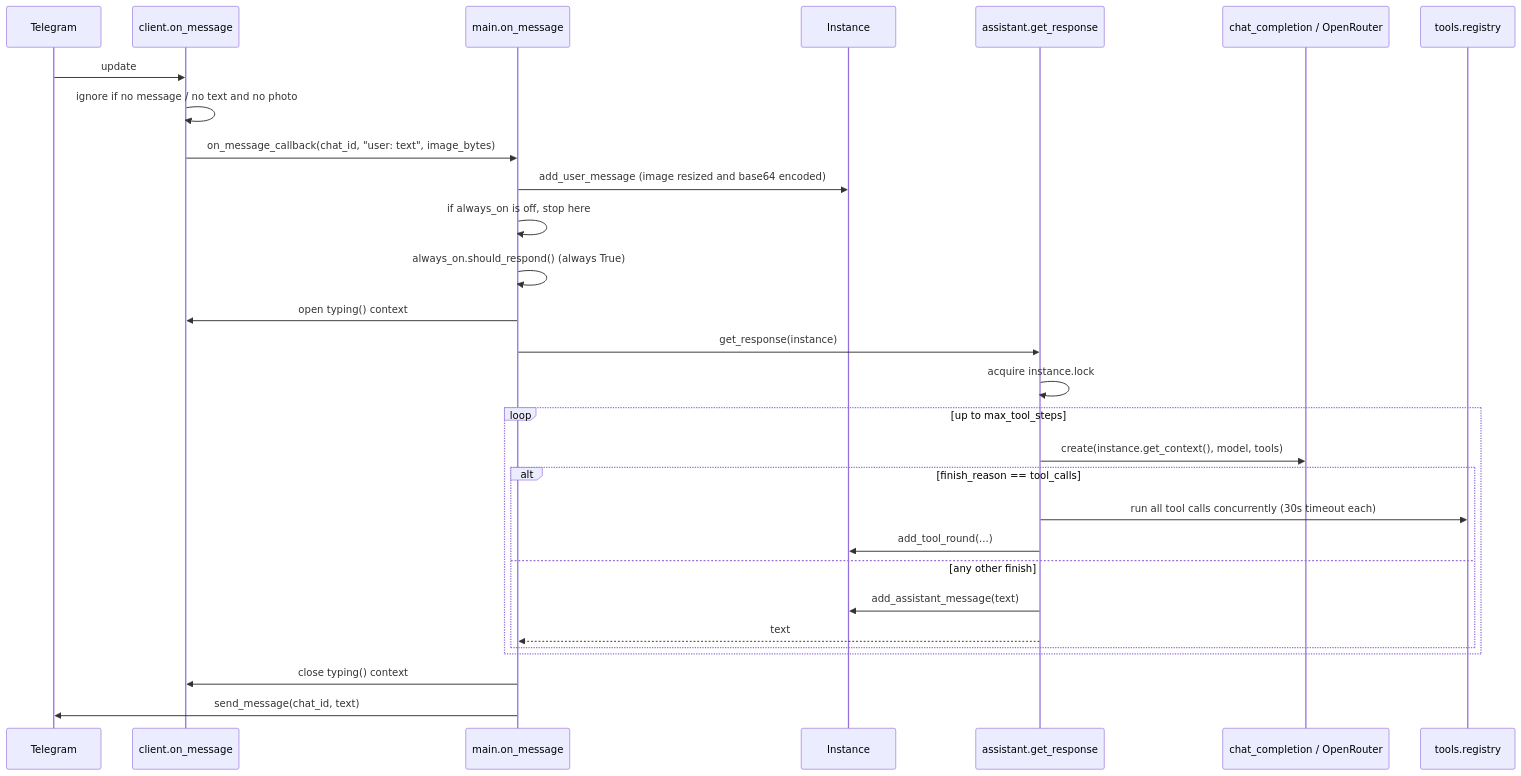
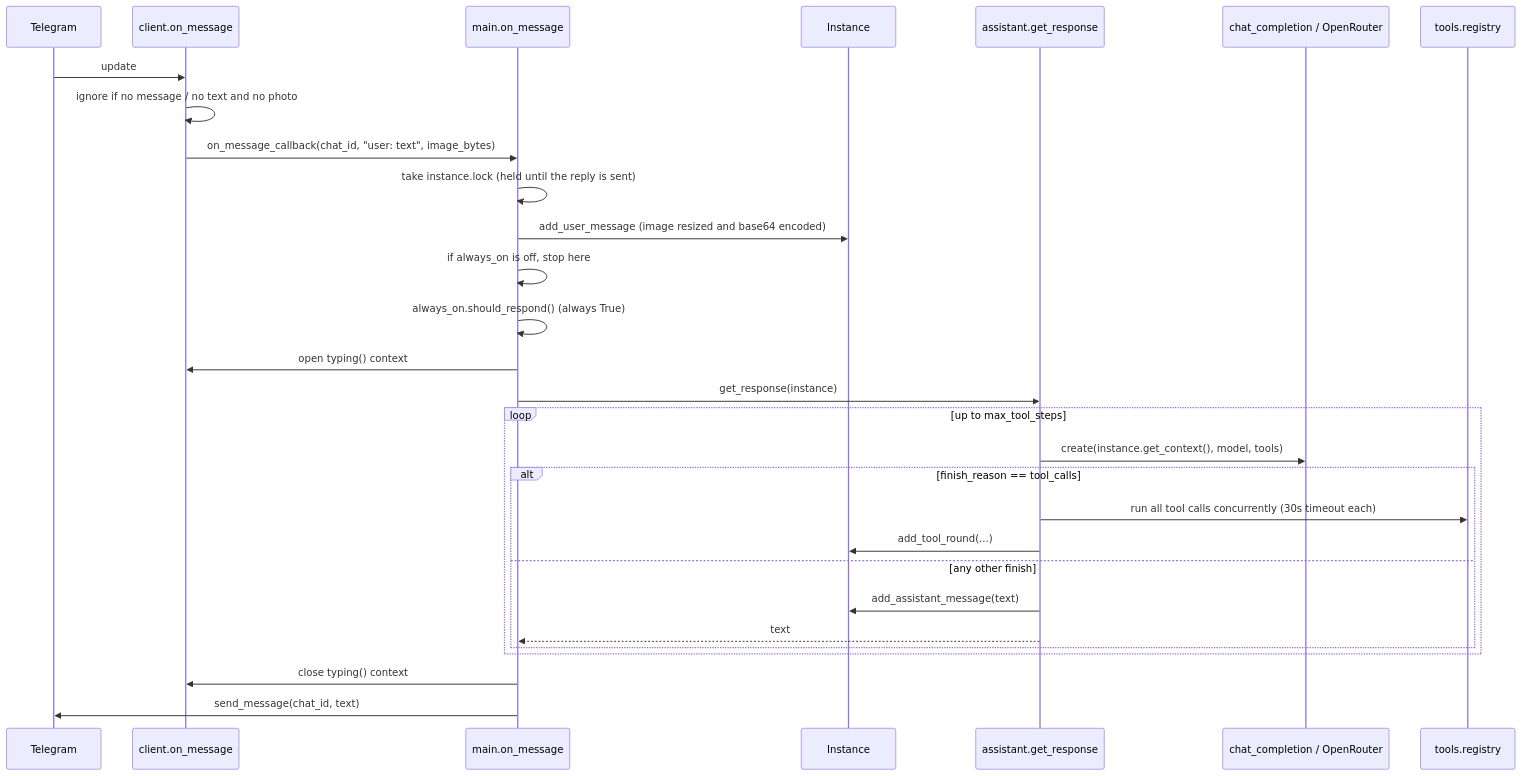
One commit to rayhan-nurdjaman/RotBot changed the second of 2 diagrams in docs/architecture.md. Above: the diagram before and after it, drawn with Mermaid. The commit also changed other lines of this file and 10 other files, not shown here.

````diff
--- a/docs/architecture.md
+++ b/docs/architecture.md
@@ -75,31 +75,31 @@
 ```mermaid
 sequenceDiagram
     participant TG as Telegram
     participant C as client.on_message
     participant M as main.on_message
     participant I as Instance
     participant A as assistant.get_response
     participant LLM as chat_completion / OpenRouter
     participant T as tools.registry
     TG->>C: update
     C->>C: ignore if no message / no text and no photo
     C->>M: on_message_callback(chat_id, "user: text", image_bytes)
+    M->>M: take instance.lock (held until the reply is sent)
     M->>I: add_user_message (image resized and base64 encoded)
     M->>M: if always_on is off, stop here
     M->>M: always_on.should_respond() (always True)
     M->>C: open typing() context
     M->>A: get_response(instance)
-    A->>A: acquire instance.lock
     loop up to max_tool_steps
         A->>LLM: create(instance.get_context(), model, tools)
         alt finish_reason == tool_calls
             A->>T: run all tool calls concurrently (30s timeout each)
             A->>I: add_tool_round(...)
         else any other finish
             A->>I: add_assistant_message(text)
             A-->>M: text
         end
     end
     M->>C: close typing() context
     M->>TG: send_message(chat_id, text)
 ```
````
